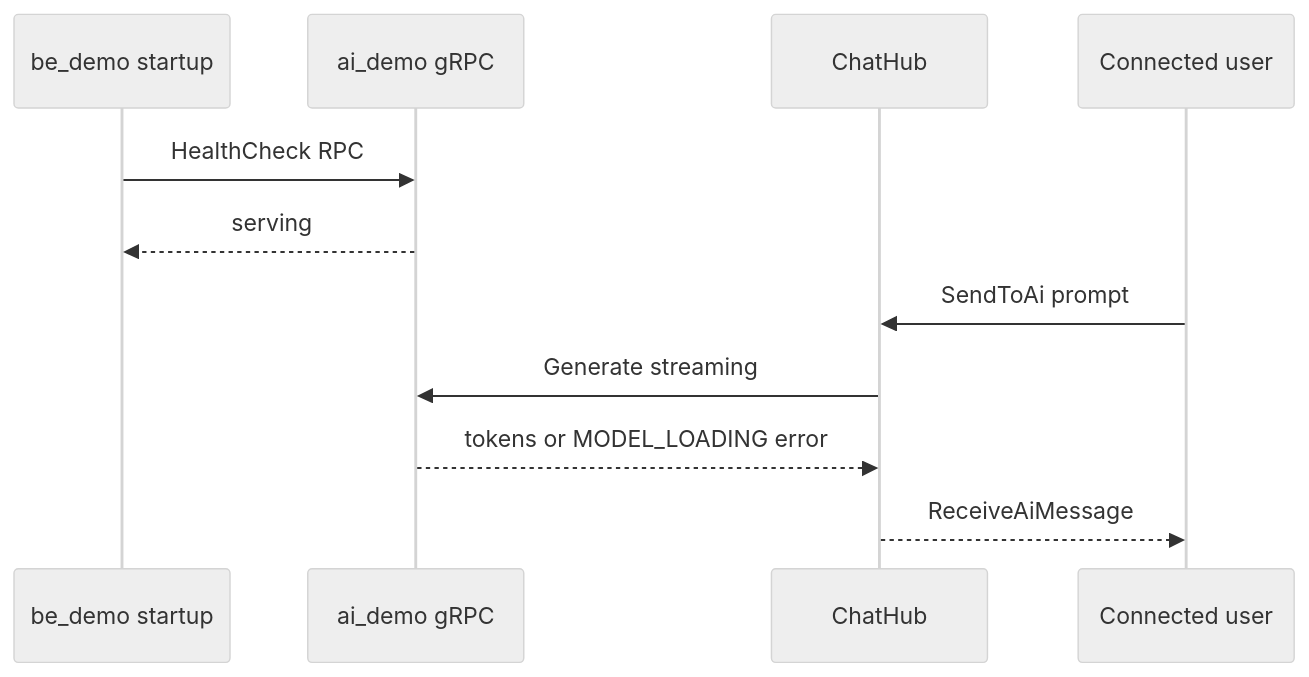
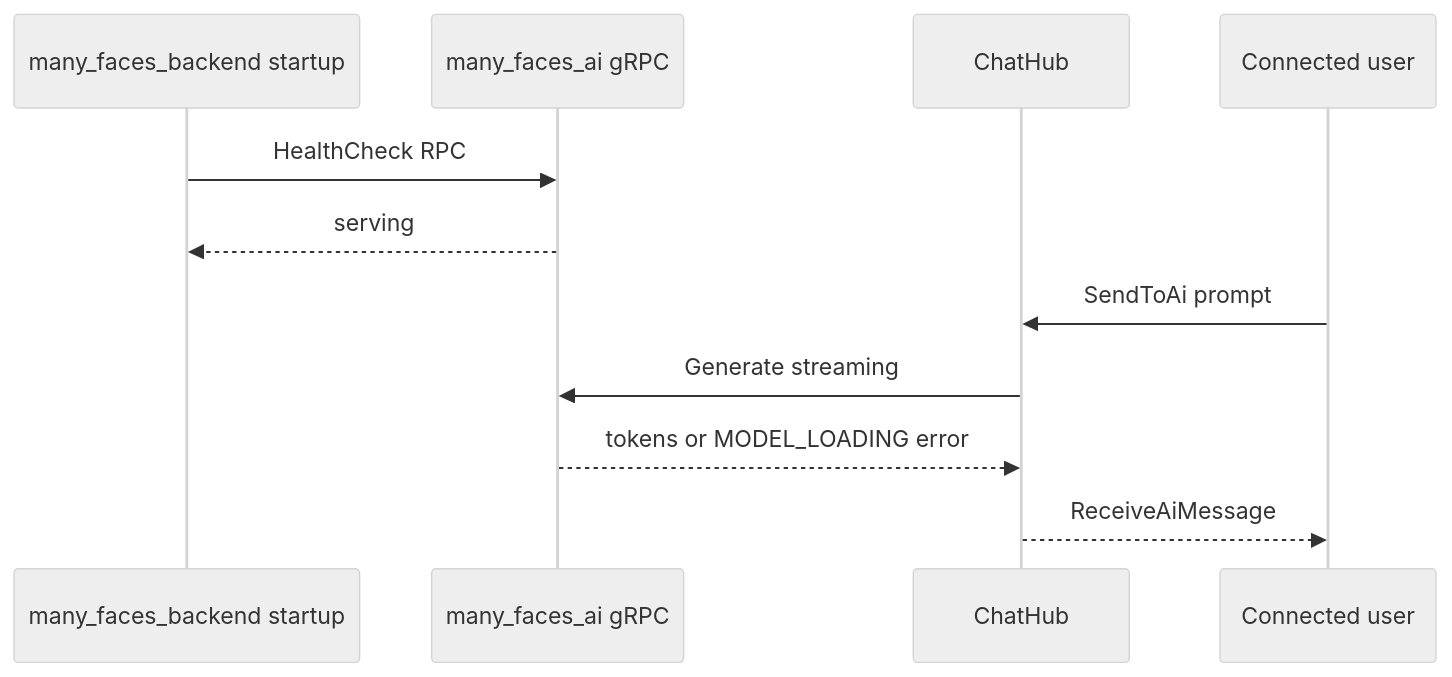
One commit to 01laky/mfai_demo changed the seventh of 7 diagrams in docs/guides/proposal-mfai-demo-state.md. Above: the diagram before and after it, drawn with Mermaid (neutral theme). The commit also changed other lines of this file and 56 other files, not shown here.

First line of the commit message:
chore: rename submodule directories to many_faces_* paths

````diff
--- a/docs/guides/proposal-mfai-demo-state.md
+++ b/docs/guides/proposal-mfai-demo-state.md
@@ -285,14 +285,14 @@
 ```mermaid
 sequenceDiagram
-  participant BE as be_demo startup
-  participant AI as ai_demo gRPC
+  participant BE as many_faces_backend startup
+  participant AI as many_faces_ai gRPC
   participant Hub as ChatHub
   participant User as Connected user
 
   BE->>AI: HealthCheck RPC
   AI-->>BE: serving
   User->>Hub: SendToAi prompt
   Hub->>AI: Generate streaming
   AI-->>Hub: tokens or MODEL_LOADING error
   Hub-->>User: ReceiveAiMessage
 ```
````
